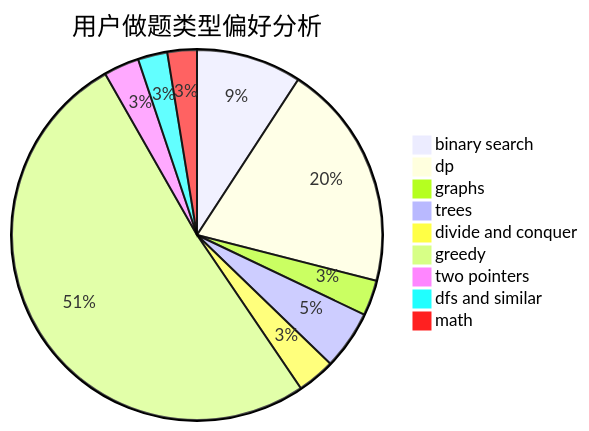
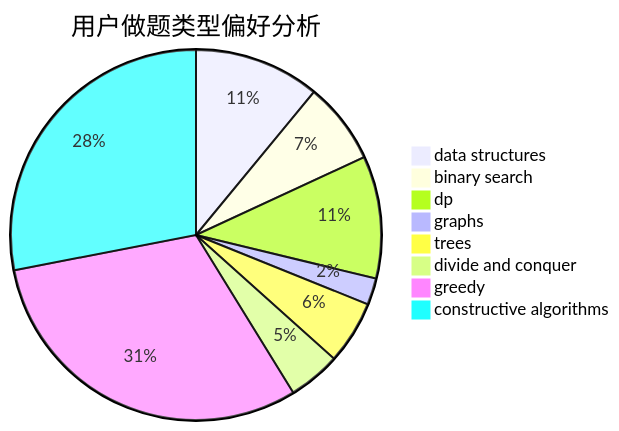
The second of 3 diagrams in docs/user/u410.md (sherpahu/cfrs.github.io), drawn with Mermaid before and after one commit. The commit also changed other lines of this file and 2775 other files, not shown here.

````diff
--- a/docs/user/u410.md
+++ b/docs/user/u410.md
@@ -23,12 +23,11 @@
 ```mermaid
 pie title 用户做题类型偏好分析
-    "binary search" :  175
-    "dp" :  377
-    "graphs" :  59
-    "trees" :  98
+    "data structures" :  151
+    "binary search" :  98
+    "dp" :  147
+    "graphs" :  32
+    "trees" :  76
     "divide and conquer" :  63
-    "greedy" :  976
-    "two pointers" :  59
-    "dfs and similar" :  49
-    "math" :  49
+    "greedy" :  423
+    "constructive algorithms" :  386
 ```
````
